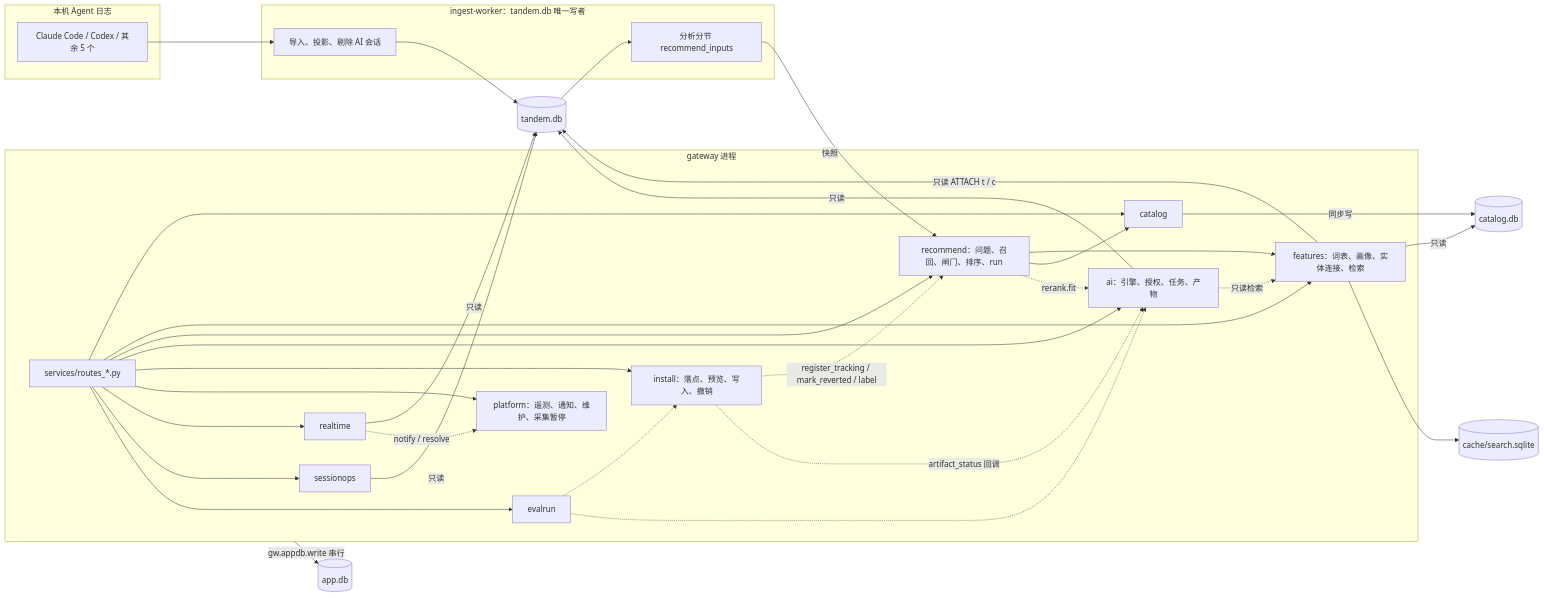
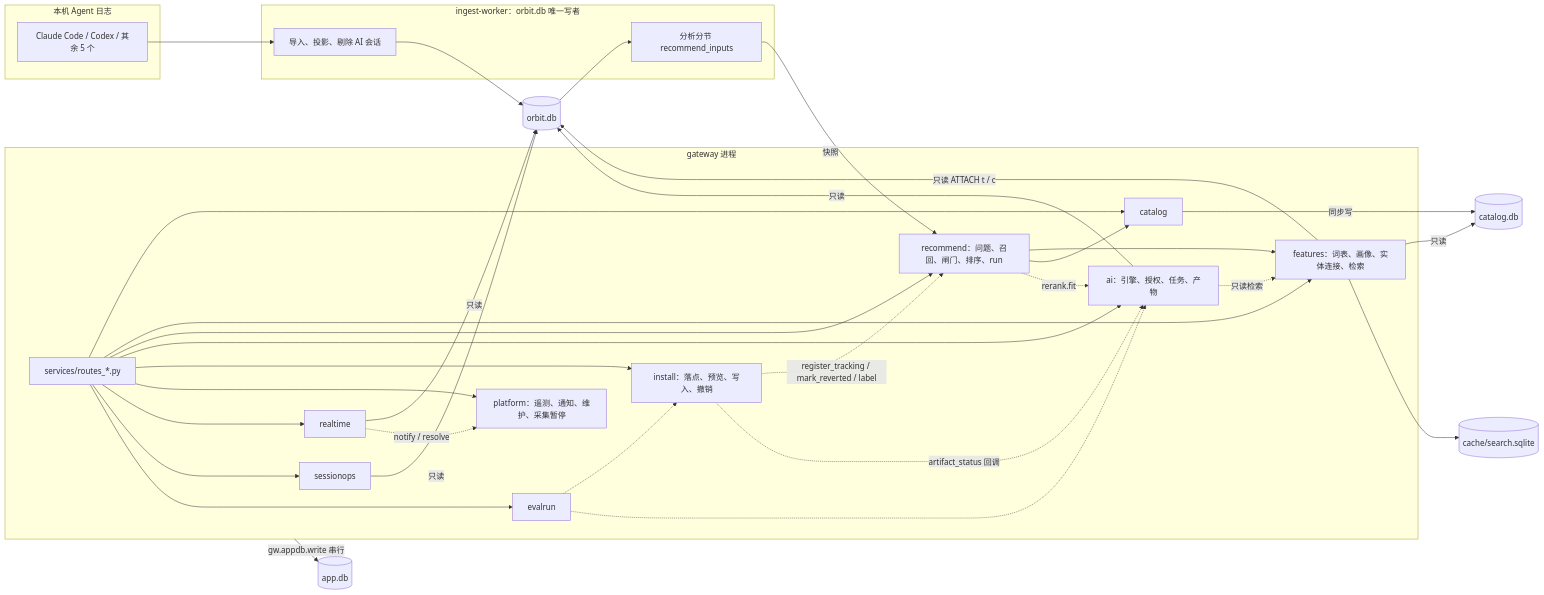
Before and after one commit to Orbit-Labs-AI/Orbit-Zhiyin: the diagram in docs/plans/backend-buildout.md, drawn with Mermaid. The commit also changed other lines of this file and 1437 other files, not shown here.

First line of the commit message:
refactor: 代码标识由 tandem 统一改名为 orbit（脚本机械替换）

````diff
--- a/docs/plans/backend-buildout.md
+++ b/docs/plans/backend-buildout.md
@@ -63,55 +63,55 @@
 ```mermaid
 flowchart LR
   subgraph AGENTS["本机 Agent 日志"]
     LOGS["Claude Code / Codex / 其余 5 个"]
   end
-  subgraph WORKER["ingest-worker：tandem.db 唯一写者"]
+  subgraph WORKER["ingest-worker：orbit.db 唯一写者"]
     ING["导入、投影、剔除 AI 会话"]
     SEC["分析分节 recommend_inputs"]
   end
-  TDB[("tandem.db")]
+  TDB[("orbit.db")]
   CDB[("catalog.db")]
   ADB[("app.db")]
   SIDX[("cache/search.sqlite")]
   subgraph GW["gateway 进程"]
     ROUTES["services/routes_*.py"]
     CAT["catalog"]
     FEAT["features：词表、画像、实体连接、检索"]
     REC["recommend：问题、召回、闸门、排序、run"]
     AI["ai：引擎、授权、任务、产物"]
     INS["install：落点、预览、写入、撤销"]
     PLT["platform：遥测、通知、维护、采集暂停"]
     RTS["realtime"]
     SOP["sessionops"]
     EVR["evalrun"]
   end
   LOGS --> ING --> TDB
   TDB --> SEC
   SEC -->|"快照"| REC
   ROUTES --> CAT
   ROUTES --> FEAT
   ROUTES --> REC
   ROUTES --> AI
   ROUTES --> INS
   ROUTES --> PLT
   ROUTES --> RTS
   ROUTES --> SOP
   ROUTES --> EVR
   CAT -->|"同步写"| CDB
   FEAT -->|"只读 ATTACH t / c"| TDB
   FEAT -->|"只读"| CDB
   FEAT --> SIDX
   REC --> FEAT
   REC --> CAT
   REC -.->|"rerank.fit"| AI
   INS -.->|"register_tracking / mark_reverted / label"| REC
   INS -.->|"artifact_status 回调"| AI
   AI -.->|"只读检索"| FEAT
   AI -->|"只读"| TDB
   RTS -->|"只读"| TDB
   RTS -.->|"notify / resolve"| PLT
   SOP -->|"只读"| TDB
   EVR -.-> INS
   EVR -.-> AI
   GW -->|"gw.appdb.write 串行"| ADB
 ```
````
